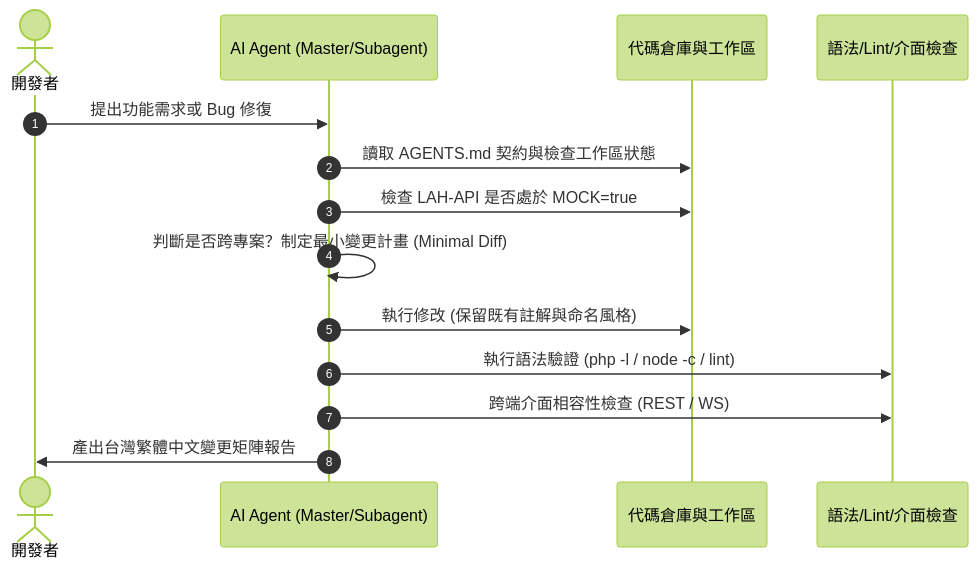
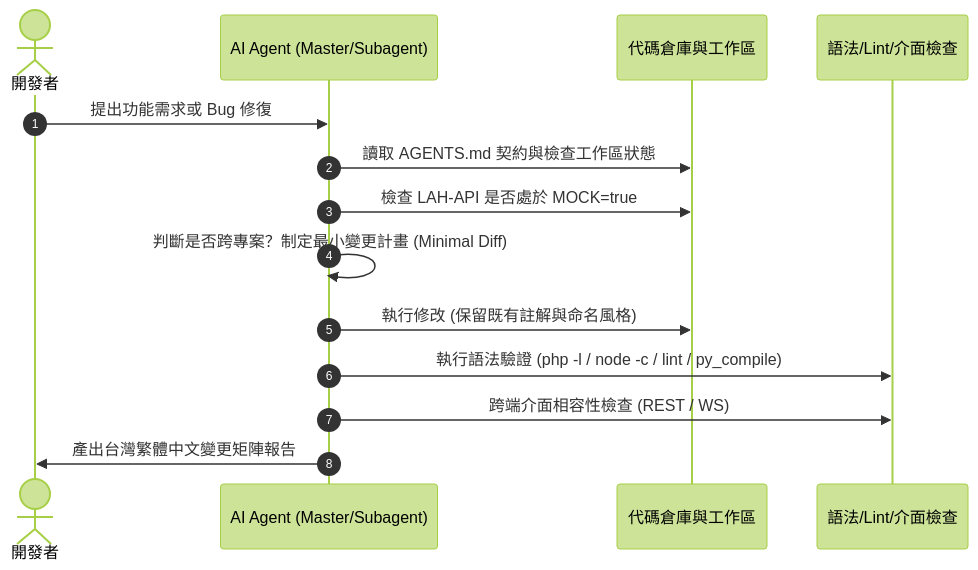
The third of 3 diagrams in README.md (pyliu/LAH-Workspace), drawn with Mermaid (forest theme) before and after one commit. The commit also changed other lines of this file and 1 other file, not shown here.

````diff
--- a/README.md
+++ b/README.md
@@ -170,17 +175,17 @@
 ```mermaid
 sequenceDiagram
     autonumber
     actor Dev as 開發者
     participant Agent as AI Agent (Master/Subagent)
     participant Repo as 代碼倉庫與工作區
     participant Check as 語法/Lint/介面檢查
 
     Dev->>Agent: 提出功能需求或 Bug 修復
     Agent->>Repo: 讀取 AGENTS.md 契約與檢查工作區狀態
     Agent->>Repo: 檢查 LAH-API 是否處於 MOCK=true
     Agent->>Agent: 判斷是否跨專案？制定最小變更計畫 (Minimal Diff)
     Agent->>Repo: 執行修改 (保留既有註解與命名風格)
-    Agent->>Check: 執行語法驗證 (php -l / node -c / lint)
+    Agent->>Check: 執行語法驗證 (php -l / node -c / lint / py_compile)
     Agent->>Check: 跨端介面相容性檢查 (REST / WS)
     Agent->>Dev: 產出台灣繁體中文變更矩陣報告
 ```
````
